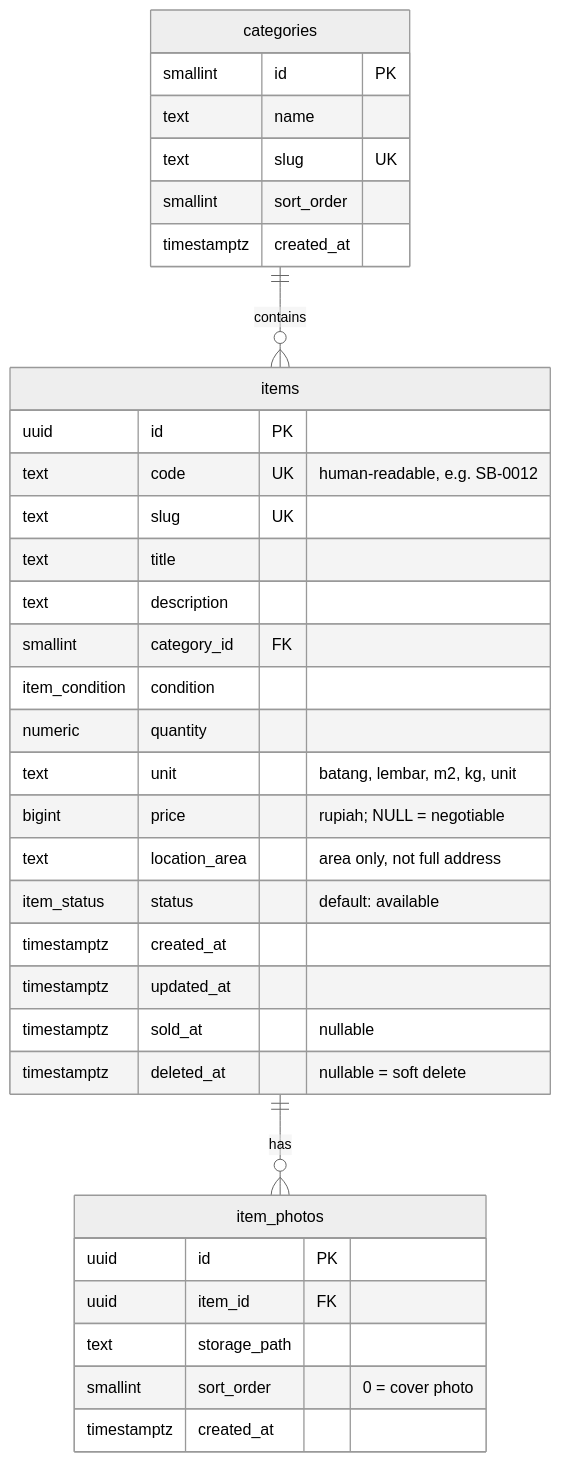
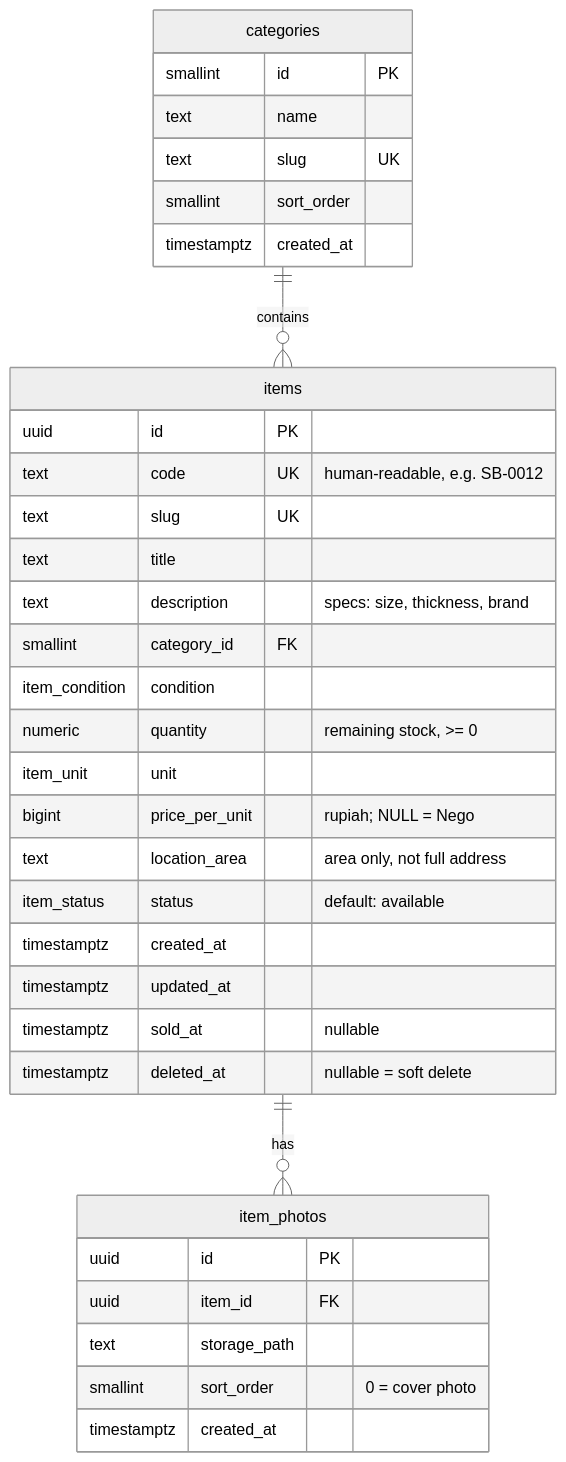
Before and after one commit to alpinnbtk/SisaBangun: the diagram in docs/erd.md, drawn with Mermaid (neutral theme). The commit also changed other lines of this file and 3 other files, not shown here.

Commit message:
docs: add requirements and journal, update flows and erd from owner interview

````diff
--- a/docs/erd.md
+++ b/docs/erd.md
@@ -5,40 +7,40 @@
 ```mermaid
 erDiagram
     categories ||--o{ items : contains
     items ||--o{ item_photos : has
 
     categories {
         smallint id PK
         text name
         text slug UK
         smallint sort_order
         timestamptz created_at
     }
 
     items {
         uuid id PK
         text code UK "human-readable, e.g. SB-0012"
         text slug UK
         text title
-        text description
+        text description "specs: size, thickness, brand"
         smallint category_id FK
         item_condition condition
-        numeric quantity
-        text unit "batang, lembar, m2, kg, unit"
-        bigint price "rupiah; NULL = negotiable"
+        numeric quantity "remaining stock, >= 0"
+        item_unit unit
+        bigint price_per_unit "rupiah; NULL = Nego"
         text location_area "area only, not full address"
         item_status status "default: available"
         timestamptz created_at
         timestamptz updated_at
         timestamptz sold_at "nullable"
         timestamptz deleted_at "nullable = soft delete"
     }
 
     item_photos {
         uuid id PK
         uuid item_id FK
         text storage_path
         smallint sort_order "0 = cover photo"
         timestamptz created_at
     }
 ```
````
